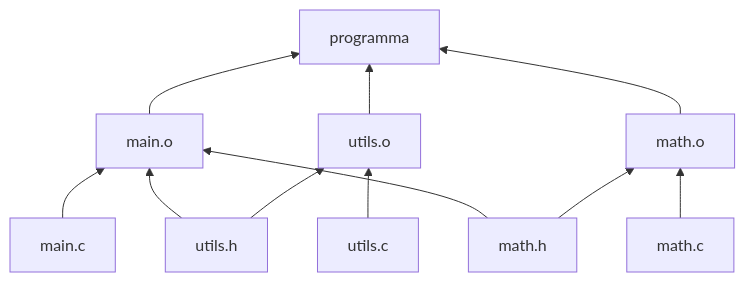
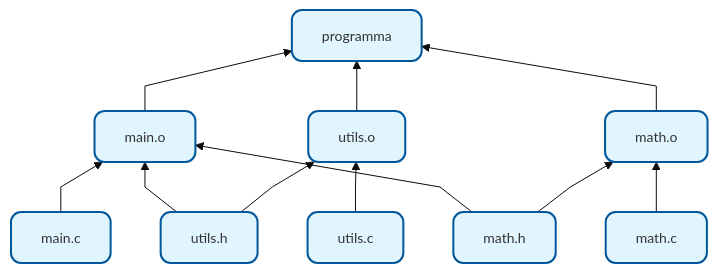
The third of 3 diagrams in 00 - Obsidian Notes/2° Anno/2° Semestre/Sistemi Operativi/Lezione 4.md (Fede-7/Notes), drawn with Mermaid before and after one commit. The commit also changed other lines of this file and 18 other files, not shown here.

First line of the commit message:
Refactor Mermaid diagrams in markdown files for A4 optimization and uniform styling

````diff
--- a/00 - Obsidian Notes/2° Anno/2° Semestre/Sistemi Operativi/Lezione 4.md
+++ b/00 - Obsidian Notes/2° Anno/2° Semestre/Sistemi Operativi/Lezione 4.md
@@ -444,13 +450,16 @@
 ```mermaid
+%%{init: {'flowchart': {'curve': 'linear', 'useMaxWidth': true, 'htmlLabels': true}, 'theme': 'base', 'themeVariables': {'fontSize': '14px', 'primaryColor': '#e1f5fe', 'primaryBorderColor': '#01579b'}}}%%
 flowchart BT
+    %% Definizione dello stile per adattarsi all'A4
+    classDef default fill:#e1f5fe,stroke:#01579b,stroke-width:2px,rx:10,ry:10;
     main.c --> main.o
     utils.h --> main.o
     math.h --> main.o
     utils.c --> utils.o
     utils.h --> utils.o
     math.c --> math.o
     math.h --> math.o
     main.o --> programma
     utils.o --> programma
     math.o --> programma
 ```
````
